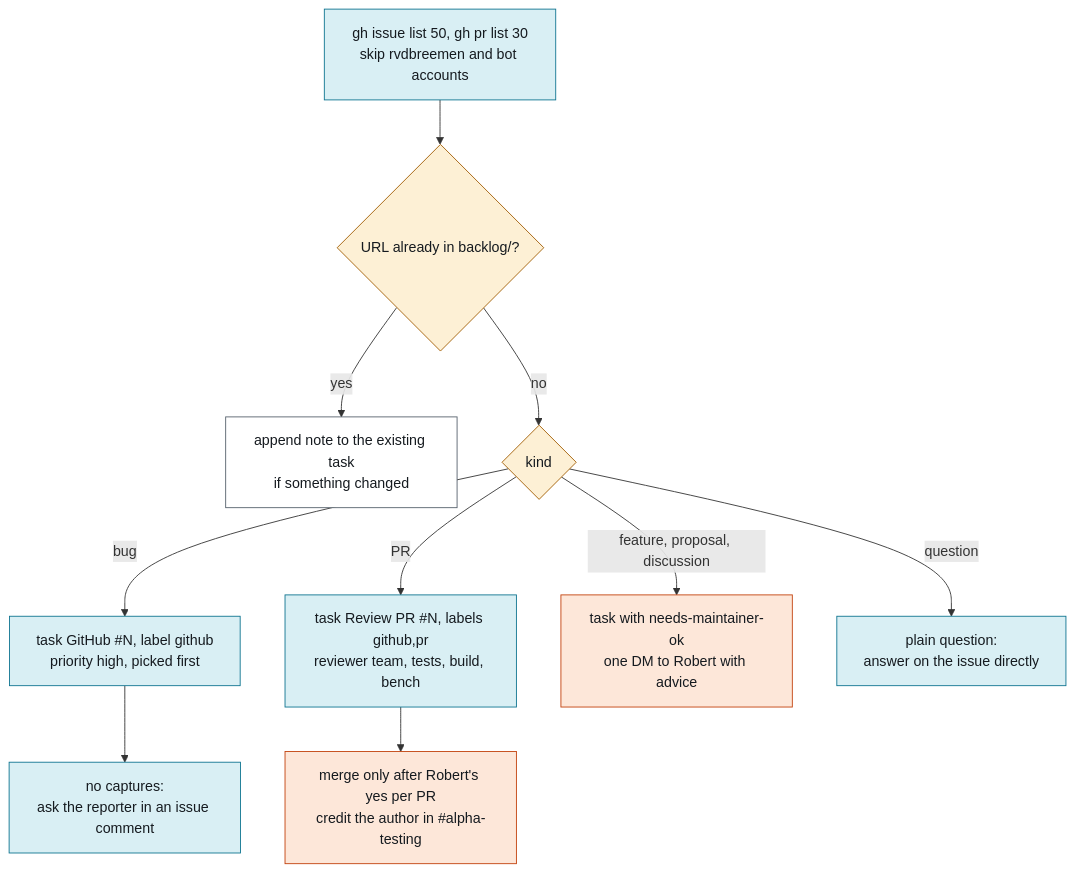
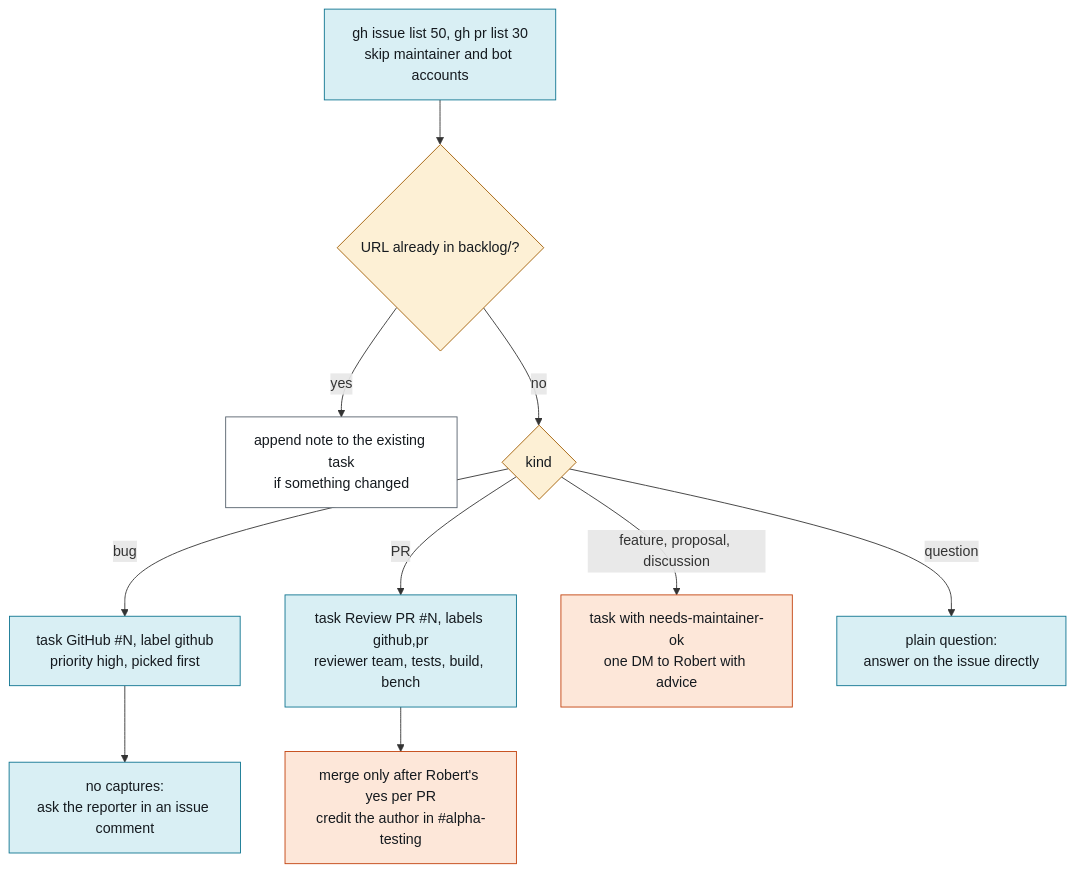
Before and after one commit to rvdbreemen/OTGW-firmware: diagram 16 of 48 in docs/process/agentic-setup.md, drawn with Mermaid. The commit also changed other lines of this file and 1 other file, not shown here.

````diff
--- a/docs/process/agentic-setup.md
+++ b/docs/process/agentic-setup.md
@@ -1090,24 +1097,24 @@
 ```mermaid
 flowchart TD
   classDef agent fill:#d9eff4,stroke:#0e7490,color:#151a1f
   classDef gate fill:#fdf0d5,stroke:#a15c00,color:#151a1f
   classDef human fill:#fde7d9,stroke:#c2410c,color:#151a1f
   classDef store fill:#ffffff,stroke:#56616c,color:#151a1f
-  L["gh issue list 50, gh pr list 30<br/>skip rvdbreemen and bot accounts"]:::agent
+  L["gh issue list 50, gh pr list 30<br/>skip maintainer and bot accounts"]:::agent
   U{"URL already in backlog/?"}:::gate
   N["append note to the existing task<br/>if something changed"]:::store
   C{"kind"}:::gate
   BUG["task GitHub #N, label github<br/>priority high, picked first"]:::agent
   PR["task Review PR #N, labels github,pr<br/>reviewer team, tests, build, bench"]:::agent
   FEAT["task with needs-maintainer-ok<br/>one DM to Robert with advice"]:::human
   Q["plain question:<br/>answer on the issue directly"]:::agent
   CAP["no captures:<br/>ask the reporter in an issue comment"]:::agent
   M["merge only after Robert's yes per PR<br/>credit the author in #alpha-testing"]:::human
   L --> U
   U -->|"yes"| N
   U -->|"no"| C
   C -->|"bug"| BUG --> CAP
   C -->|"PR"| PR --> M
   C -->|"feature, proposal, discussion"| FEAT
   C -->|"question"| Q
 ```
````
